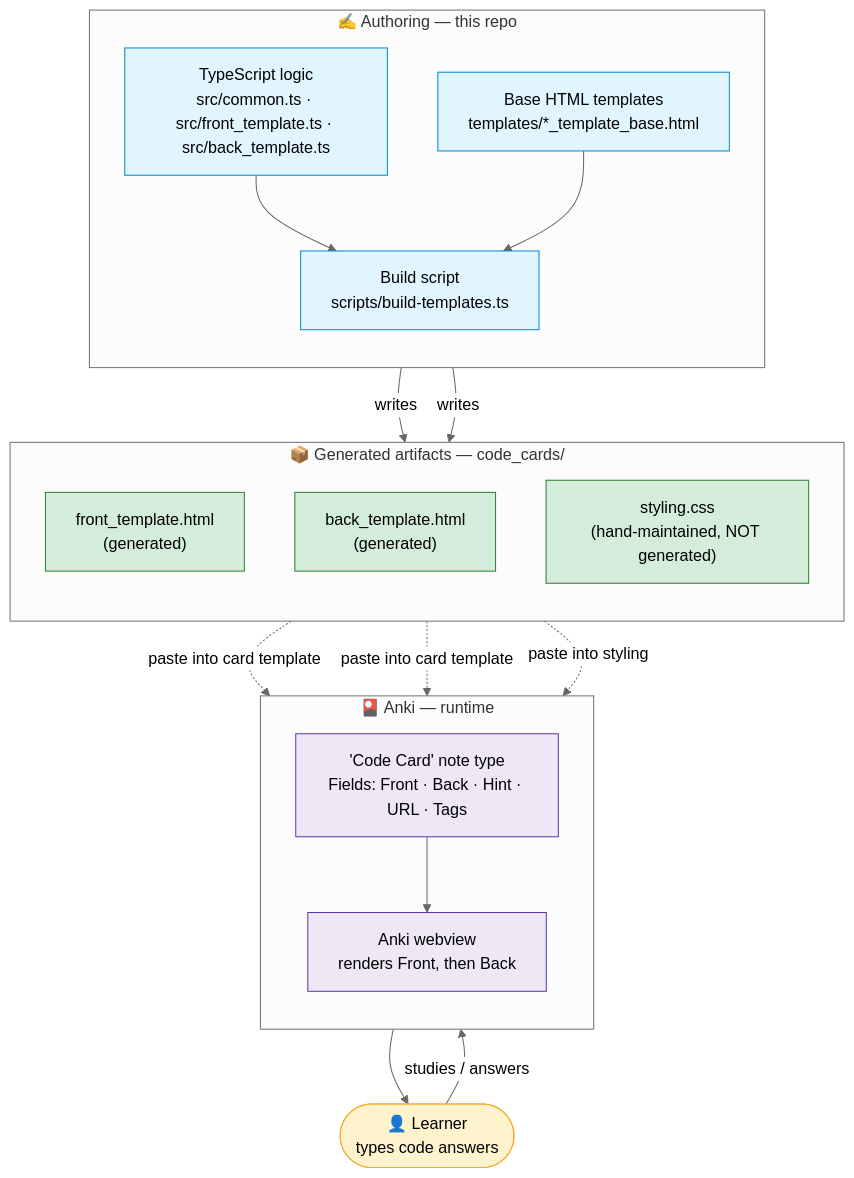
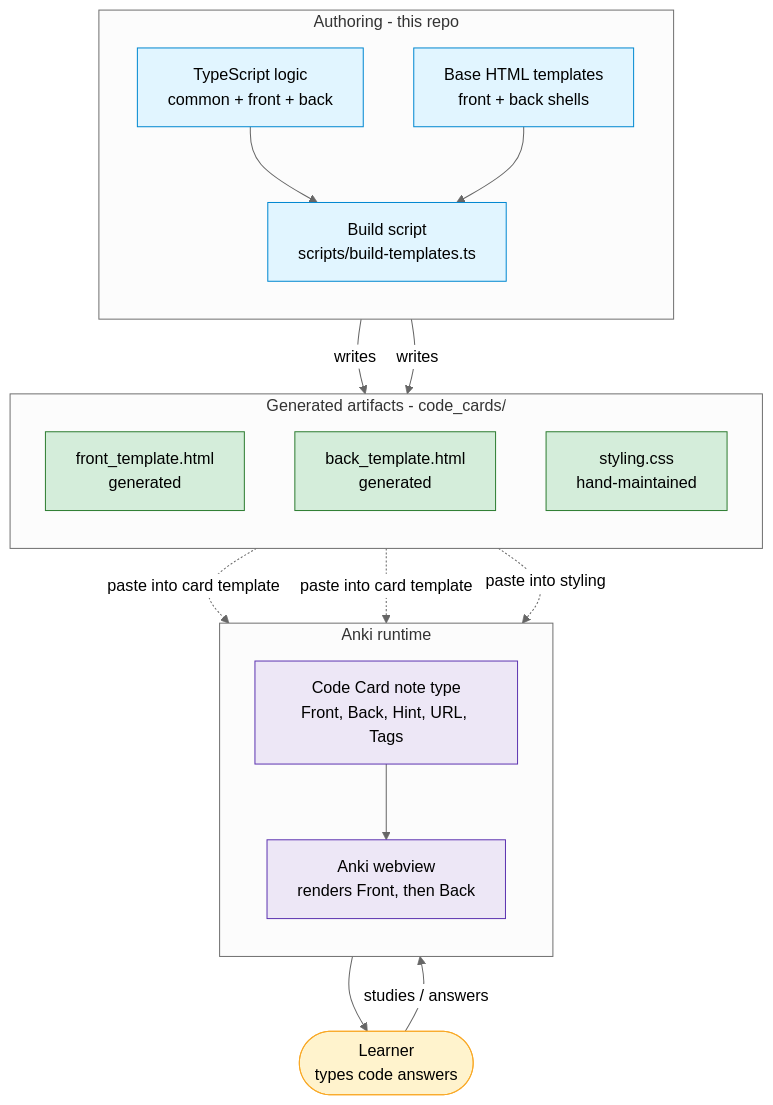
One commit to muhsinali/anki_templates changed the diagram in documentation/architecture-diagrams/01-system-context.md. Above: the diagram before and after it, drawn with Mermaid (neutral theme). The commit also changed 16 other files, not shown here.

````diff
--- a/documentation/architecture-diagrams/01-system-context.md
+++ b/documentation/architecture-diagrams/01-system-context.md
@@ -14,47 +14,52 @@
 ```mermaid
 flowchart TB
-    LEARNER(["👤 Learner<br/>types code answers"])
+    learner(["Learner<br/>types code answers"])
 
-    subgraph authoring["✍️ Authoring — this repo"]
+    subgraph authoring["Authoring - this repo"]
         direction TB
-        SRC["TypeScript logic<br/>src/common.ts · src/front_template.ts · src/back_template.ts"]
-        TPL["Base HTML templates<br/>templates/*_template_base.html"]
-        BUILD["Build script<br/>scripts/build-templates.ts"]
-        SRC --> BUILD
-        TPL --> BUILD
+        typescript_sources["TypeScript logic<br/>common + front + back"]
+        base_templates["Base HTML templates<br/>front + back shells"]
+        build_script["Build script<br/>scripts/build-templates.ts"]
+
+        typescript_sources --> build_script
+        base_templates --> build_script
     end
 
-    subgraph output["📦 Generated artifacts — code_cards/"]
+    subgraph output["Generated artifacts - code_cards/"]
         direction TB
-        FHTML["front_template.html<br/>(generated)"]
-        BHTML["back_template.html<br/>(generated)"]
-        CSS["styling.css<br/>(hand-maintained, NOT generated)"]
+        front_html["front_template.html<br/>generated"]
+        back_html["back_template.html<br/>generated"]
+        styling_css["styling.css<br/>hand-maintained"]
     end
 
-    subgraph anki["🎴 Anki — runtime"]
+    subgraph anki["Anki runtime"]
         direction TB
-        NOTETYPE["'Code Card' note type<br/>Fields: Front · Back · Hint · URL · Tags"]
-        WEBVIEW["Anki webview<br/>renders Front, then Back"]
-        NOTETYPE --> WEBVIEW
+        note_type["Code Card note type<br/>Front, Back, Hint, URL, Tags"]
+        webview["Anki webview<br/>renders Front, then Back"]
+
+        note_type --> webview
     end
 
-    BUILD -->|writes| FHTML
-    BUILD -->|writes| BHTML
+    %% Build output.
+    build_script -->|writes| front_html
+    build_script -->|writes| back_html
 
-    FHTML -.paste into card template.-> NOTETYPE
-    BHTML -.paste into card template.-> NOTETYPE
-    CSS  -.paste into styling.-> NOTETYPE
+    %% Manual copy into Anki.
+    front_html -.->|paste into card template| note_type
+    back_html -.->|paste into card template| note_type
+    styling_css -.->|paste into styling| note_type
 
-    WEBVIEW --> LEARNER
-    LEARNER -->|studies / answers| WEBVIEW
+    %% Runtime study loop.
+    webview --> learner
+    learner -->|studies / answers| webview
 
     classDef authoring fill:#e1f5ff,stroke:#0288d1,color:#000;
     classDef output fill:#d4edda,stroke:#2e7d32,color:#000;
     classDef anki fill:#ede7f6,stroke:#5e35b1,color:#000;
     classDef person fill:#fff3cd,stroke:#f9a825,color:#000;
 
-    class SRC,TPL,BUILD authoring;
-    class FHTML,BHTML,CSS output;
-    class NOTETYPE,WEBVIEW anki;
-    class LEARNER person;
+    class typescript_sources,base_templates,build_script authoring;
+    class front_html,back_html,styling_css output;
+    class note_type,webview anki;
+    class learner person;
 ```
````
